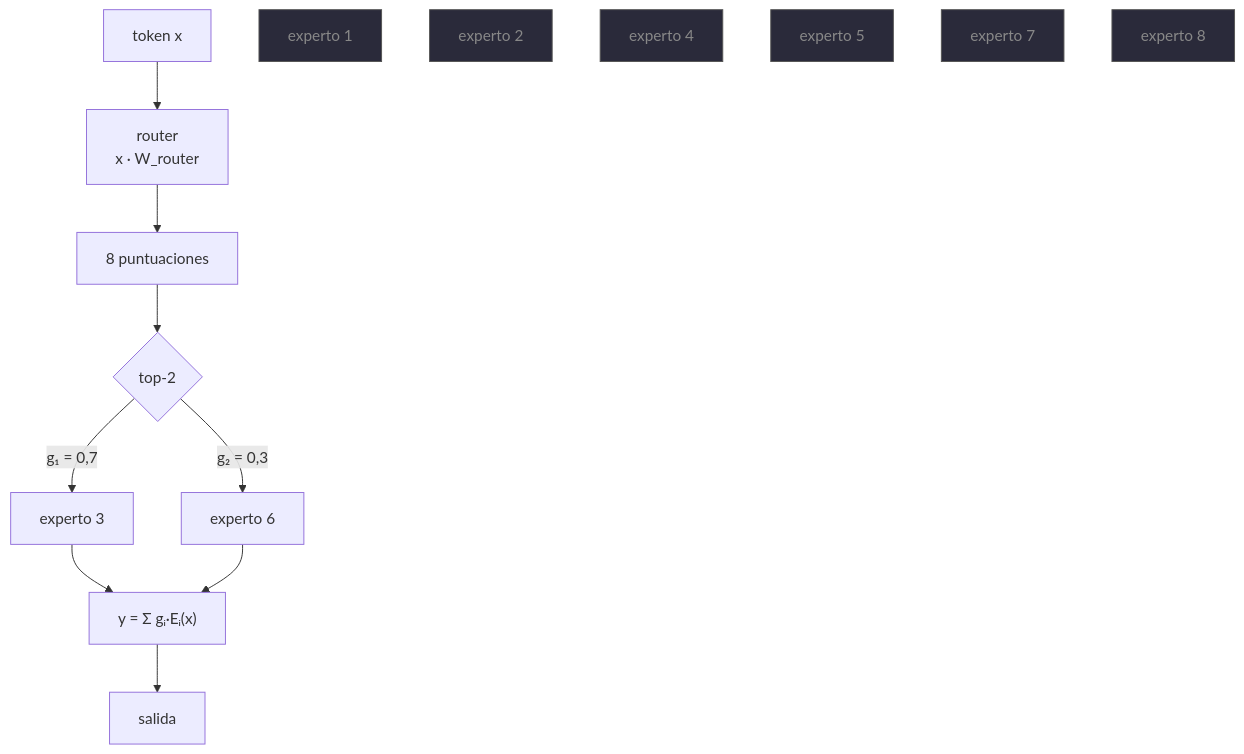
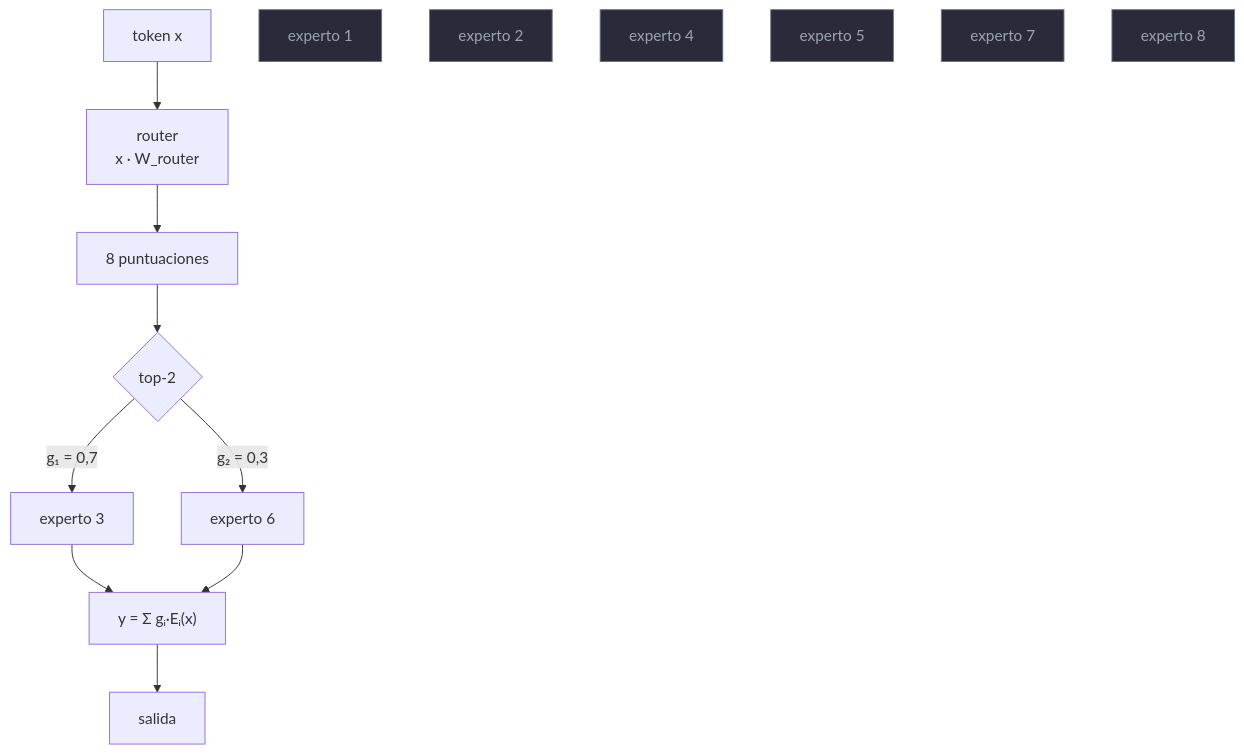
Before and after one commit to vladimiracunadev-create/artificial-intelligence-evolution-program: the diagram in papers/foundational/P21_moe/README.md, drawn with Mermaid. The commit also changed 27 other files, not shown here.

First line of the commit message:
Compilaciones: Windows en tres formatos y APK versionado; contraste de diagramas

````diff
--- a/papers/foundational/P21_moe/README.md
+++ b/papers/foundational/P21_moe/README.md
@@ -90,19 +90,19 @@
 ```mermaid
 flowchart TD
     X["token x"] --> R["router<br/>x · W_router"]
     R --> S["8 puntuaciones"]
     S --> TOP{"top-2"}
     TOP -->|"g₁ = 0,7"| E3["experto 3"]
     TOP -->|"g₂ = 0,3"| E6["experto 6"]
     E1["experto 1"]:::off
     E2["experto 2"]:::off
     E4["experto 4"]:::off
     E5["experto 5"]:::off
     E7["experto 7"]:::off
     E8["experto 8"]:::off
     E3 --> SUM["y = Σ gᵢ·Eᵢ(x)"]
     E6 --> SUM
     SUM --> OUT["salida"]
 
-    classDef off fill:#2a2a3a,stroke:#555,color:#888;
+    classDef off fill:#2a2a3a,stroke:#6b7280,color:#9aa4b2;
 ```
````
